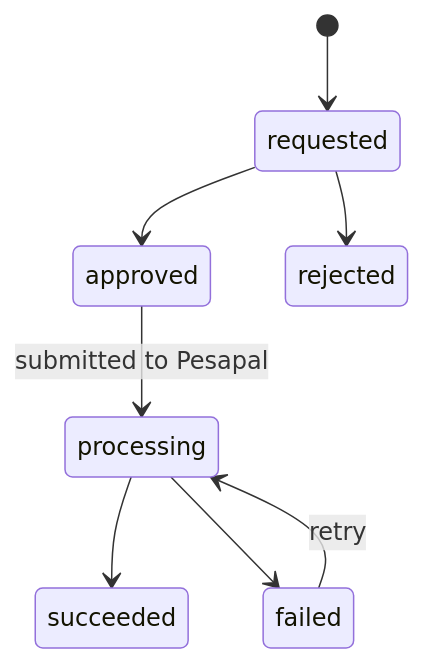
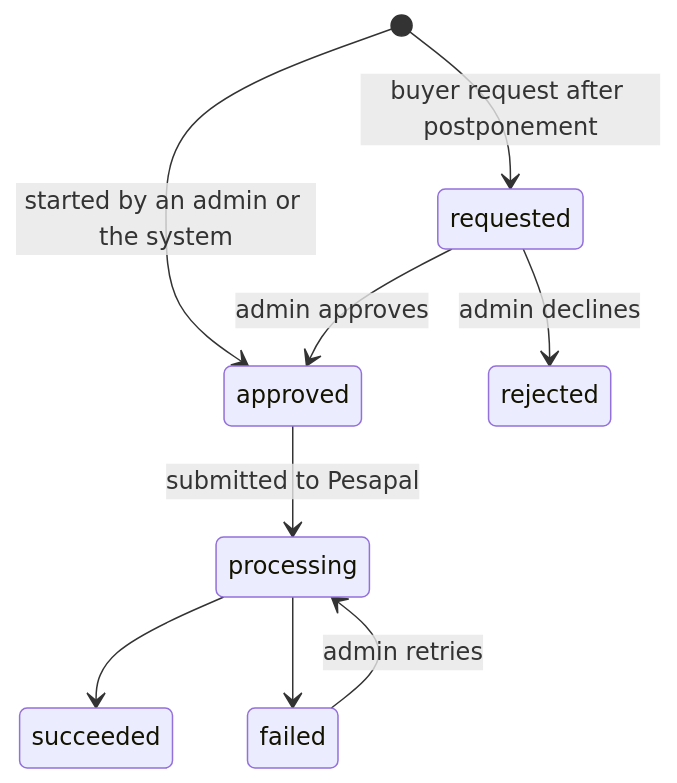
Before and after one commit to kreativesahara/ticket: the fourth of 7 diagrams in doc/state-machines.md, drawn with Mermaid. The commit also changed other lines of this file and 5 other files, not shown here.

````diff
--- a/doc/state-machines.md
+++ b/doc/state-machines.md
@@ -173,10 +172,11 @@
 ```mermaid
 stateDiagram-v2
-    [*] --> requested
-    requested --> approved
-    requested --> rejected
+    [*] --> requested : buyer request after postponement
+    [*] --> approved : started by an admin or the system
+    requested --> approved : admin approves
+    requested --> rejected : admin declines
     approved --> processing : submitted to Pesapal
     processing --> succeeded
     processing --> failed
-    failed --> processing : retry
+    failed --> processing : admin retries
 ```
````
